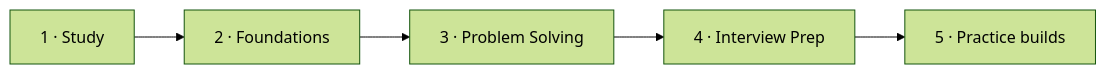
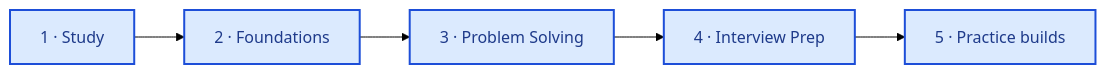
Before and after one commit to Galhoom22/Galhoom22: the first of 2 diagrams in README.md, drawn with Mermaid (forest theme). The commit also changed other lines of this file, not shown here.

````diff
--- a/README.md
+++ b/README.md
@@ -68,7 +62,10 @@
 ```mermaid
 flowchart LR
   T1["1 · Study"] --> T2["2 · Foundations"]
   T2 --> T3["3 · Problem Solving"]
-  T3 -->   T4["4 · Interview Prep"]
+  T3 --> T4["4 · Interview Prep"]
   T4 --> T5["5 · Practice builds"]
+
+  classDef track fill:#dbeafe,stroke:#1d4ed8,color:#1e3a8a,stroke-width:2px
+  class T1,T2,T3,T4,T5 track
 ```
````
